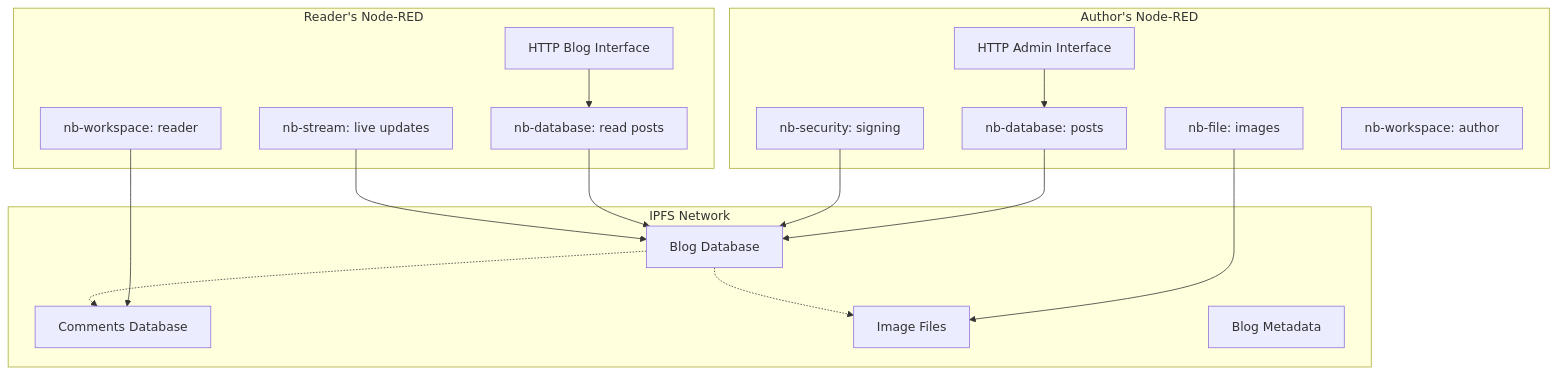
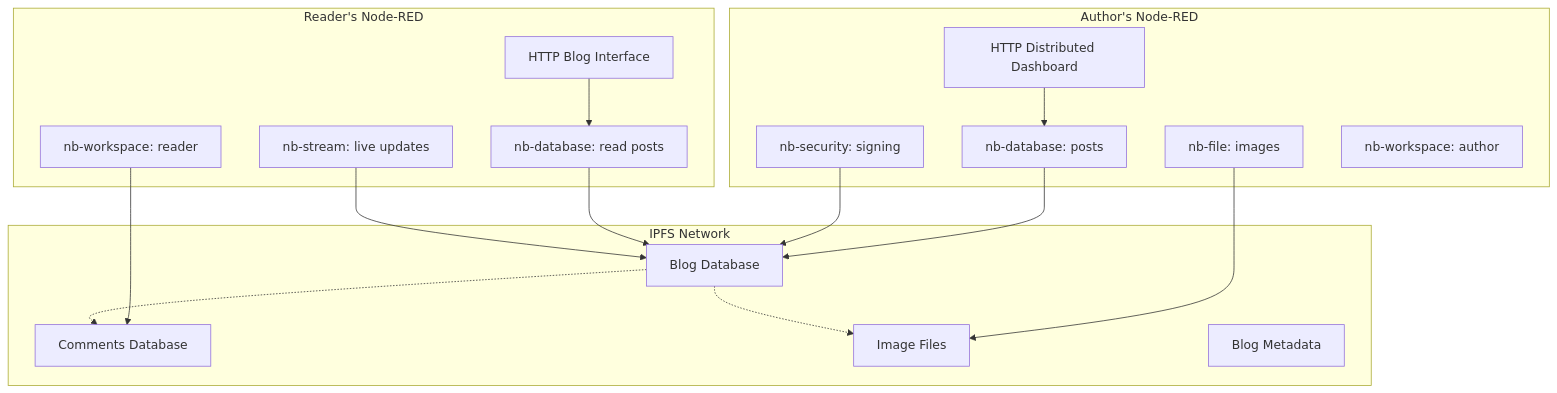
The diagram in docs/reference/examples/distributed-blog.md (thalperi/nodebit), drawn with Mermaid before and after one commit. The commit also changed other lines of this file and 5 other files, not shown here.

Commit message:
Update admin interface to distributed dashboard

````diff
--- a/docs/reference/examples/distributed-blog.md
+++ b/docs/reference/examples/distributed-blog.md
@@ -17,37 +17,37 @@
 ```mermaid
 graph TB
     subgraph "Author's Node-RED"
-        A1[HTTP Admin Interface]
+        A1[HTTP Distributed Dashboard]
         A2[nb-database: posts]
         A3[nb-file: images]
         A4[nb-security: signing]
         A5[nb-workspace: author]
     end
     
     subgraph "Reader's Node-RED"
         R1[HTTP Blog Interface]
         R2[nb-database: read posts]
         R3[nb-stream: live updates]
         R4[nb-workspace: reader]
     end
     
     subgraph "IPFS Network"
         I1[Blog Database]
         I2[Comments Database]
         I3[Image Files]
         I4[Blog Metadata]
     end
     
     A1 --> A2
     A2 --> I1
     A3 --> I3
     A4 --> I1
     
     R1 --> R2
     R2 --> I1
     R3 --> I1
     R4 --> I2
     
     I1 -.-> I2
     I1 -.-> I3
 ```
````
